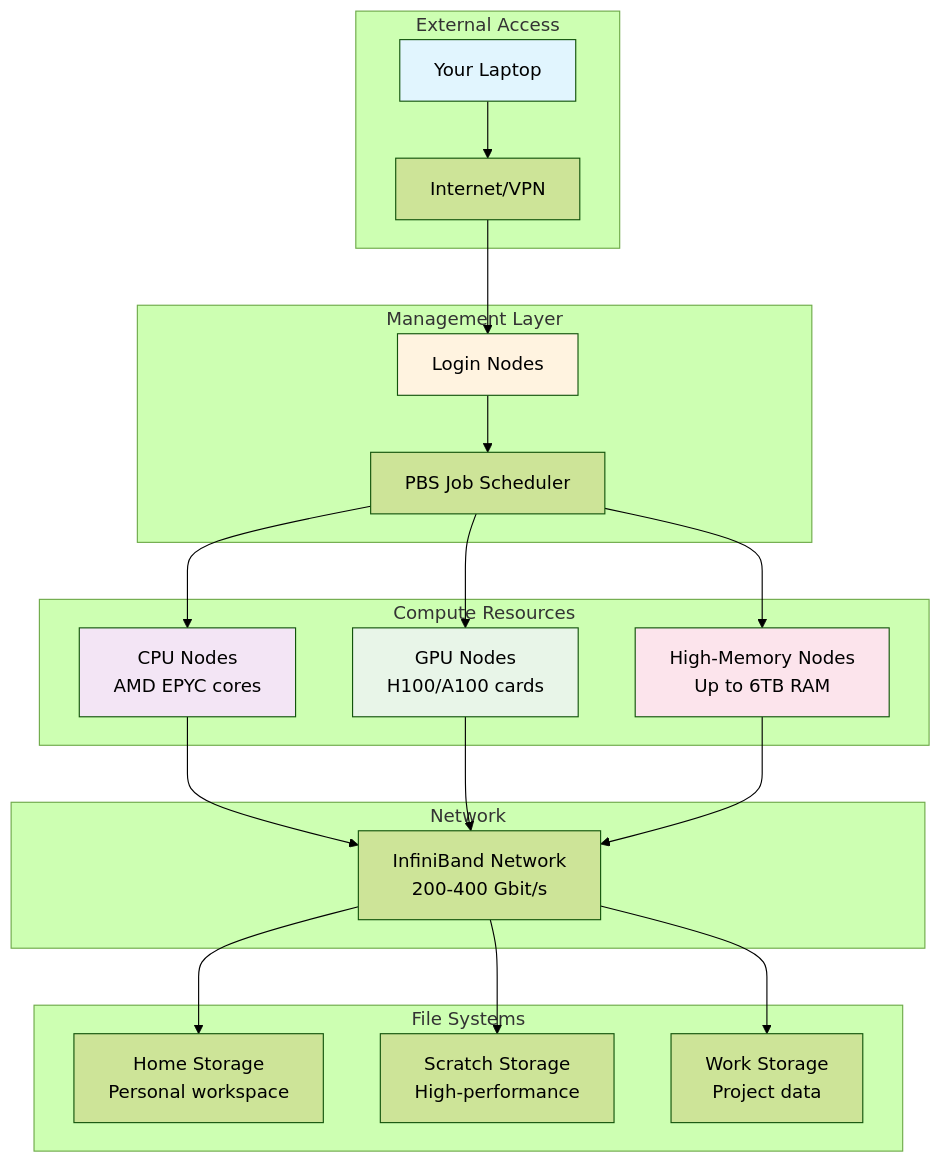
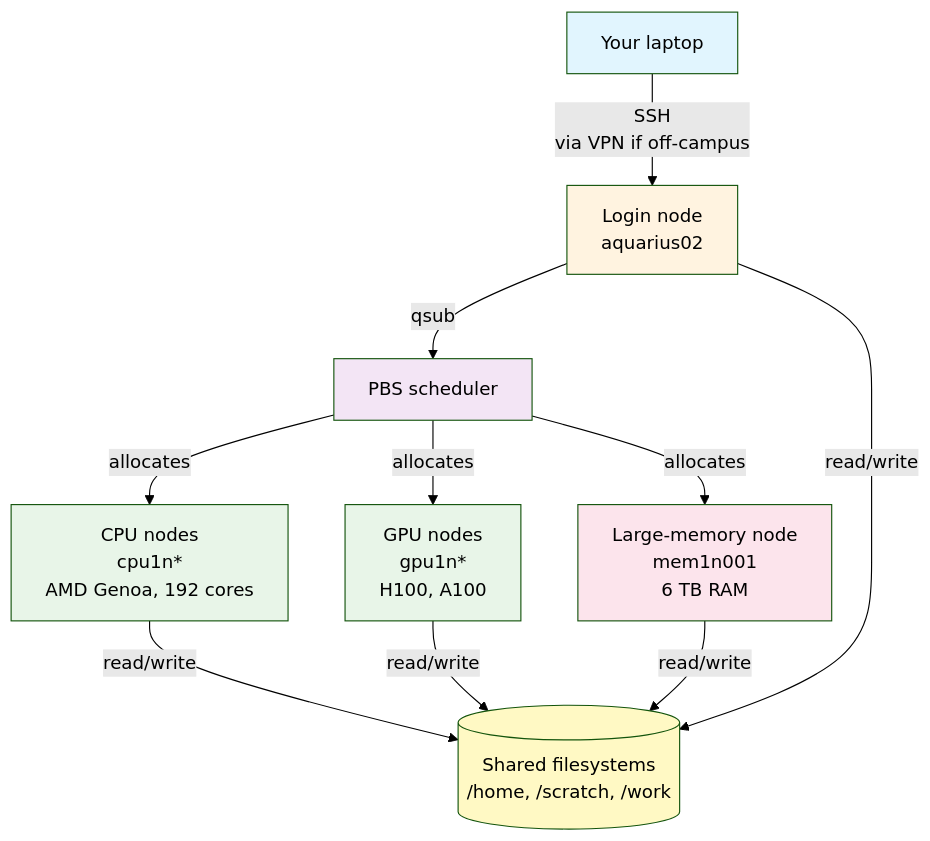
Before and after one commit to ZhipengHe/Walltime-Chronicles: the diagram in docs/tutorials/lesson-1.md, drawn with Mermaid (forest theme). The commit also changed other lines of this file and 1 other file, not shown here.

````diff
--- a/docs/tutorials/lesson-1.md
+++ b/docs/tutorials/lesson-1.md
@@ -69,48 +29,21 @@
 ```mermaid
 graph TD
-    subgraph "External Access"
-        Client[Your Laptop]
-        Internet[Internet/VPN]
-    end
+    You[Your laptop] -->|SSH<br/>via VPN if off-campus| Login[Login node<br/>aquarius02]
+    Login -->|qsub| PBS[PBS scheduler]
+    PBS -->|allocates| CPU[CPU nodes<br/>cpu1n*<br/>AMD Genoa, 192 cores]
+    PBS -->|allocates| GPU[GPU nodes<br/>gpu1n*<br/>H100, A100]
+    PBS -->|allocates| Mem[Large-memory node<br/>mem1n001<br/>6 TB RAM]
 
-    subgraph "Management Layer"
-        Login[Login Nodes]
-        JobScheduler[PBS Job Scheduler]
-    end
+    CPU -->|read/write| FS[(Shared filesystems<br/>/home, /scratch, /work)]
+    GPU -->|read/write| FS
+    Mem -->|read/write| FS
+    Login -->|read/write| FS
 
-    subgraph "Compute Resources"
-        CPUNodes[CPU Nodes<br/>AMD EPYC cores]
-        GPUNodes[GPU Nodes<br/>H100/A100 cards]
-        MemNodes[High-Memory Nodes<br/>Up to 6TB RAM]
-    end
-
-    subgraph "File Systems"
-        Home[Home Storage<br/>Personal workspace]
-        Scratch[Scratch Storage<br/>High-performance]
-        Work[Work Storage<br/>Project data]
-    end
-
-    subgraph "Network"
-        IB[InfiniBand Network<br/>200-400 Gbit/s]
-    end
-
-    Client --> Internet
-    Internet --> Login
-    Login --> JobScheduler
-    JobScheduler --> CPUNodes
-    JobScheduler --> GPUNodes
-    JobScheduler --> MemNodes
-
-    CPUNodes --> IB
-    GPUNodes --> IB
-    MemNodes --> IB
-    IB --> Home
-    IB --> Scratch
-    IB --> Work
-
-    style Client fill:#e1f5fe
+    style You fill:#e1f5fe
     style Login fill:#fff3e0
-    style CPUNodes fill:#f3e5f5
-    style GPUNodes fill:#e8f5e8
-    style MemNodes fill:#fce4ec
+    style PBS fill:#f3e5f5
+    style CPU fill:#e8f5e8
+    style GPU fill:#e8f5e8
+    style Mem fill:#fce4ec
+    style FS fill:#fff9c4
 ```
````
